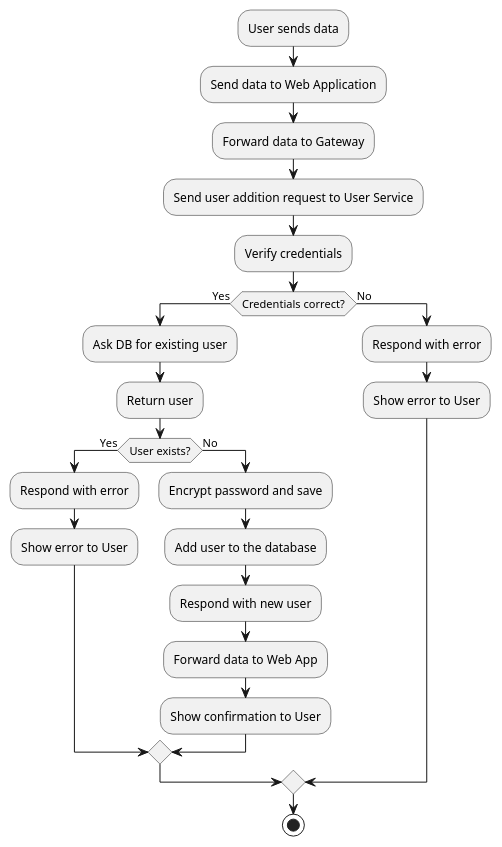
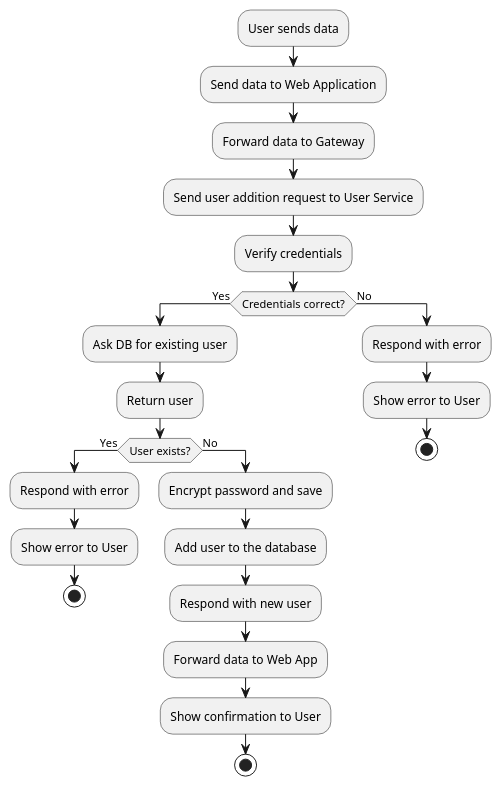
The first of 3 diagrams in docs/src/06_runtime_view.adoc (Arquisoft/wichat_en2b), drawn with PlantUML before and after one commit. The commit also changed other lines of this file, not shown here.

```diff
--- a/docs/src/06_runtime_view.adoc
+++ b/docs/src/06_runtime_view.adoc
@@ -10,30 +11,31 @@
 [plantuml,"Register diagram",png]
 ----
 :User sends data;
 :Send data to Web Application;
 :Forward data to Gateway;
 :Send user addition request to User Service;
 :Verify credentials;
 
 if (Credentials correct?) then (Yes)
     :Ask DB for existing user;
     :Return user;
 
     if (User exists?) then (Yes)
         :Respond with error;
         :Show error to User;
+        stop
     else (No)
         :Encrypt password and save;
         :Add user to the database;
         :Respond with new user;
         :Forward data to Web App;
         :Show confirmation to User;
+        stop
     endif
 else (No)
     :Respond with error;
     :Show error to User;
+    stop
 endif
 
-stop
-
 ----
```
